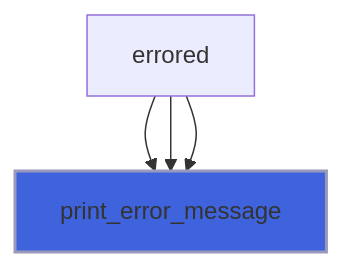
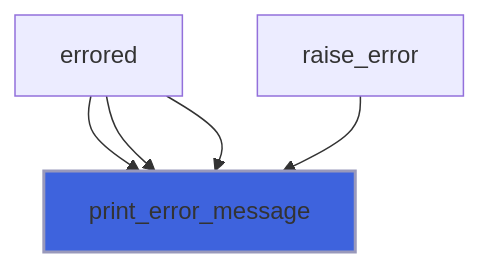
One commit to szaghi/FLAP changed the fifth of 8 diagrams in docs/api/src/lib/flap_object_t.md. Above: the diagram before and after it, drawn with Mermaid. The commit also changed other lines of this file and 17 other files, not shown here.

````diff
--- a/docs/api/src/lib/flap_object_t.md
+++ b/docs/api/src/lib/flap_object_t.md
@@ -146,7 +150,8 @@
 ```mermaid
 flowchart TD
   errored["errored"] --> print_error_message["print_error_message"]
   errored["errored"] --> print_error_message["print_error_message"]
   errored["errored"] --> print_error_message["print_error_message"]
+  raise_error["raise_error"] --> print_error_message["print_error_message"]
   style print_error_message fill:#3e63dd,stroke:#99b,stroke-width:2px
 ```
````
